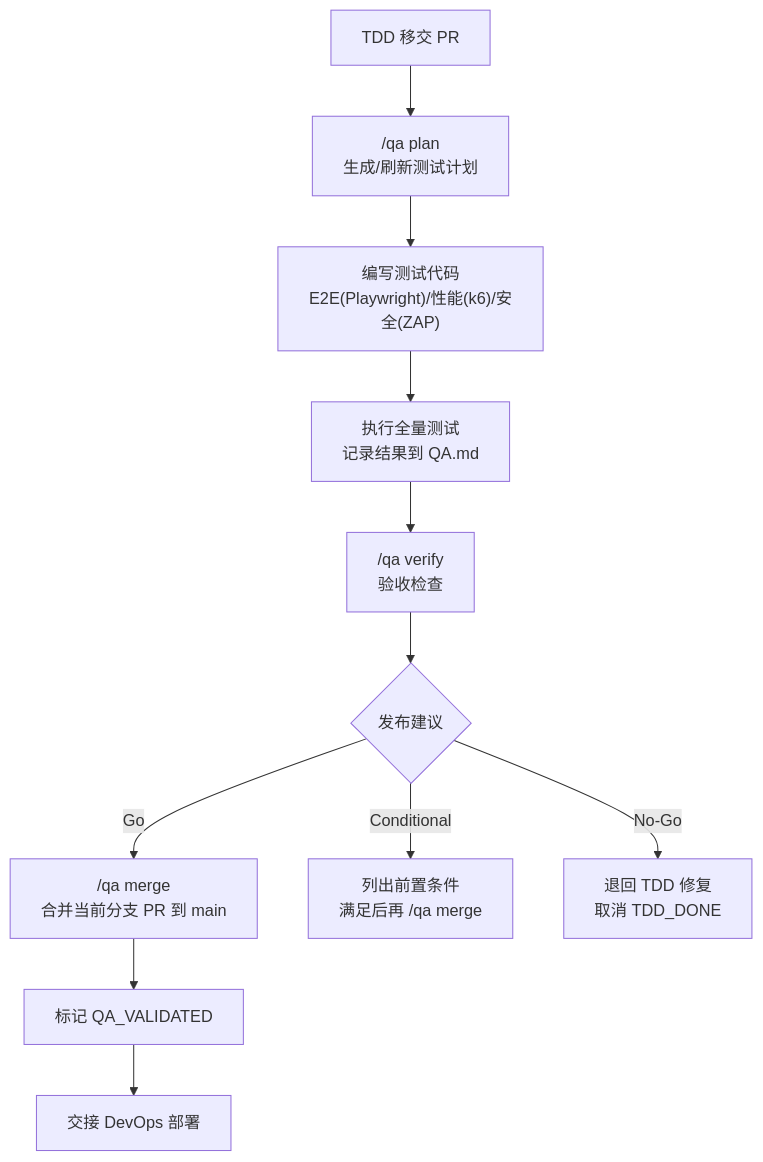
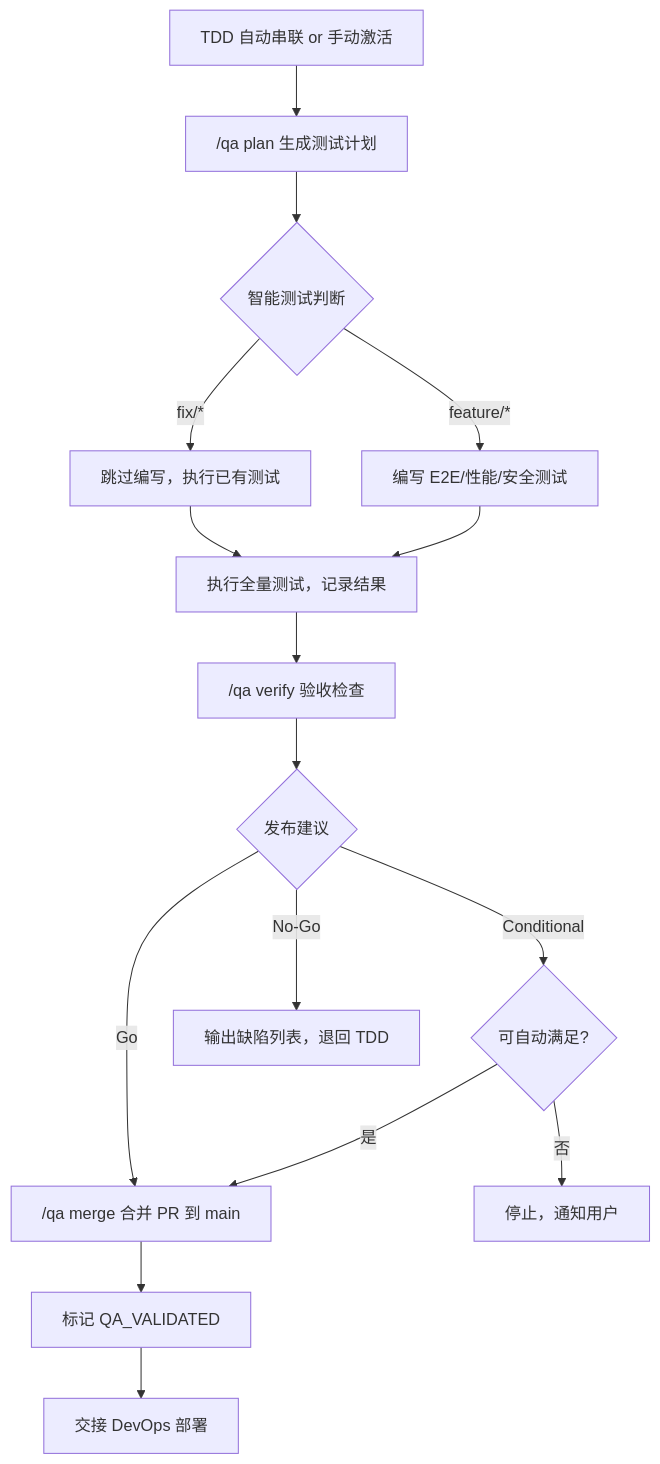
Before and after one commit to hollisyao2024/PromptsEngineering: the diagram in AgentRoles/QA-TESTING-EXPERT.md, drawn with Mermaid. The commit also changed other lines of this file and 2 other files, not shown here.

Commit message:
feat(tdd,qa): auto-chain TDD→QA pipeline after Post-Push Gate
- TDD expert: add auto QA chaining section after code-review Approved
  - Includes No-Go auto-fix loop with Circuit Breaker (2 rounds max)
  - Supports --no-qa flag on /tdd sync and /tdd push to skip chain
  - Updated mermaid flowchart to show full TDD→QA→DevOps pipeline
  - Updated DoD and 交接 sections to reflect auto-chain behavior

- QA expert: add 智能测试编写规则 for auto-chain mode
  - fix/* branches: skip writing new tests, run existing suite only
  - feature/* branches: write E2E; add perf/SAST if >3 files changed
  - Updated mermaid flowchart with smart test judgment nodes
  - Updated /qa plan description: auto-chain vs manual mode distinction
  - Updated 交接 text: No-Go now auto-triggers TDD fix loop

- AGENTS.md: update Phase 4/5 routing to reflect auto-chain
  - Phase 4 完成状态: post-push gate triggers QA auto-chain by default
  - Phase 4 quick commands: /tdd sync and /tdd push --no-qa docs
  - Phase 5 激活条件: auto-activated from TDD, not manual-only

````diff
--- a/AgentRoles/QA-TESTING-EXPERT.md
+++ b/AgentRoles/QA-TESTING-EXPERT.md
@@ -240,13 +253,18 @@
 ```mermaid
 flowchart TD
-    A[TDD 移交 PR] --> B["/qa plan<br/>生成/刷新测试计划"]
-    B --> B2["编写测试代码<br/>E2E(Playwright)/性能(k6)/安全(ZAP)"]
-    B2 --> C["执行全量测试<br/>记录结果到 QA.md"]
-    C --> D["/qa verify<br/>验收检查"]
+    A[TDD 自动串联 or 手动激活] --> B["/qa plan 生成测试计划"]
+    B --> B1{智能测试判断}
+    B1 -->|fix/*| B2[跳过编写，执行已有测试]
+    B1 -->|feature/*| B3["编写 E2E/性能/安全测试"]
+    B2 --> C["执行全量测试，记录结果"]
+    B3 --> C
+    C --> D["/qa verify 验收检查"]
     D --> E{发布建议}
-    E -->|Go| F["/qa merge<br/>合并当前分支 PR 到 main"]
-    E -->|Conditional| G[列出前置条件<br/>满足后再 /qa merge]
-    E -->|No-Go| H[退回 TDD 修复<br/>取消 TDD_DONE]
+    E -->|Go| F["/qa merge 合并 PR 到 main"]
+    E -->|Conditional| G{可自动满足?}
+    G -->|是| F
+    G -->|否| STOP[停止，通知用户]
+    E -->|No-Go| H["输出缺陷列表，退回 TDD"]
     F --> I[标记 QA_VALIDATED]
     I --> J[交接 DevOps 部署]
 ```
````
